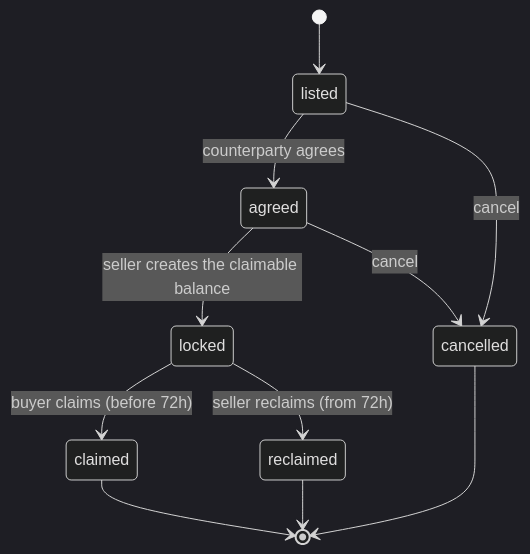
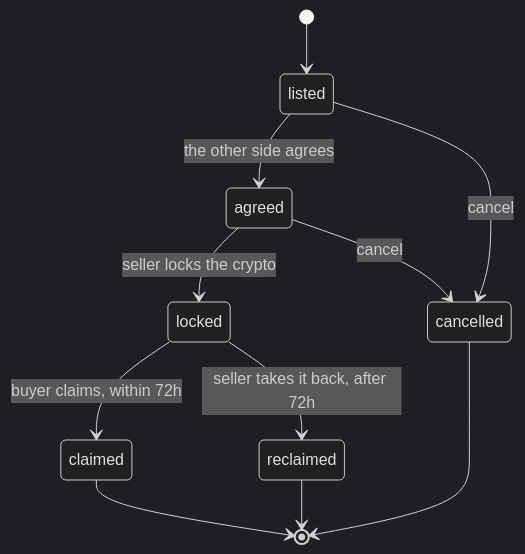
One commit to omeralpi/pairy changed the second of 2 diagrams in README.md. Above: the diagram before and after it, drawn with Mermaid (dark theme). The commit also changed other lines of this file and 1 other file, not shown here.

````diff
--- a/README.md
+++ b/README.md
@@ -68,13 +121,13 @@
 ```mermaid
 stateDiagram-v2
     [*] --> listed
-    listed --> agreed: counterparty agrees
+    listed --> agreed: the other side agrees
     listed --> cancelled: cancel
-    agreed --> locked: seller creates the claimable balance
+    agreed --> locked: seller locks the crypto
     agreed --> cancelled: cancel
-    locked --> claimed: buyer claims (before 72h)
-    locked --> reclaimed: seller reclaims (from 72h)
+    locked --> claimed: buyer claims, within 72h
+    locked --> reclaimed: seller takes it back, after 72h
     claimed --> [*]
     reclaimed --> [*]
     cancelled --> [*]
 ```
````
